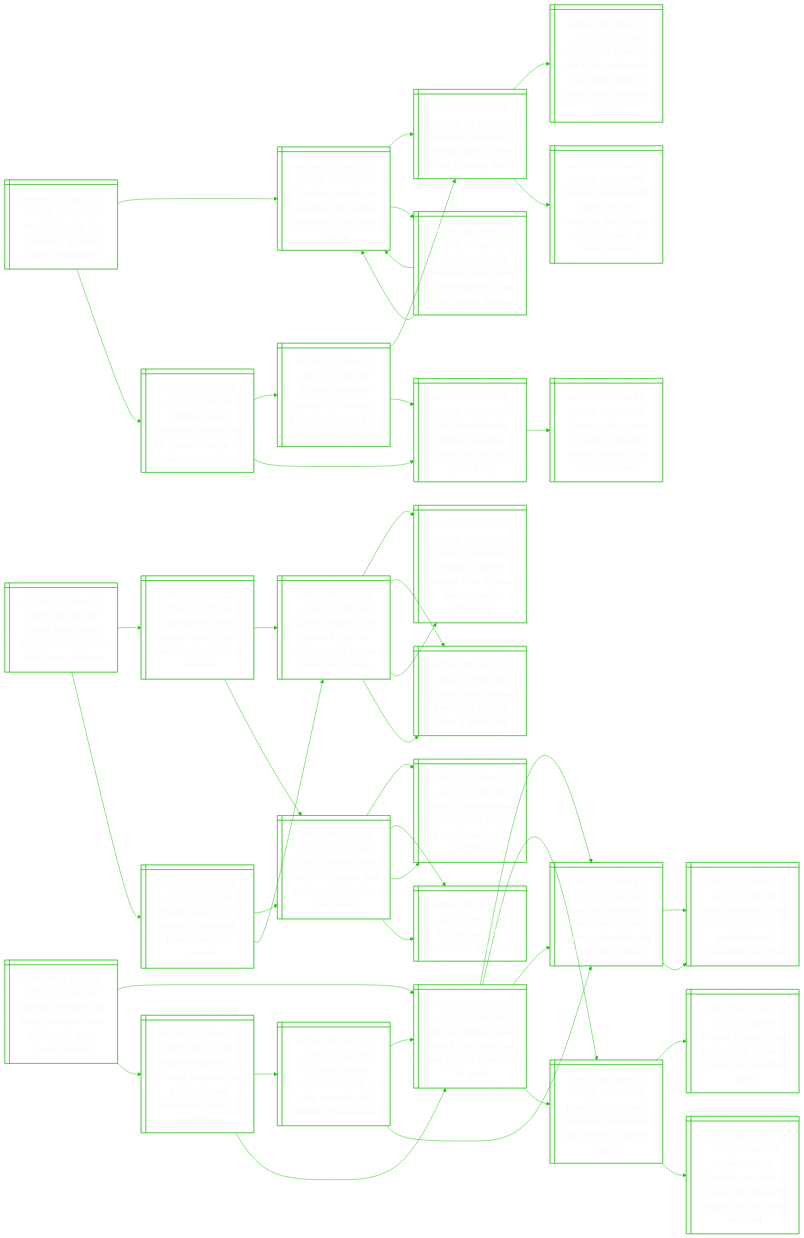
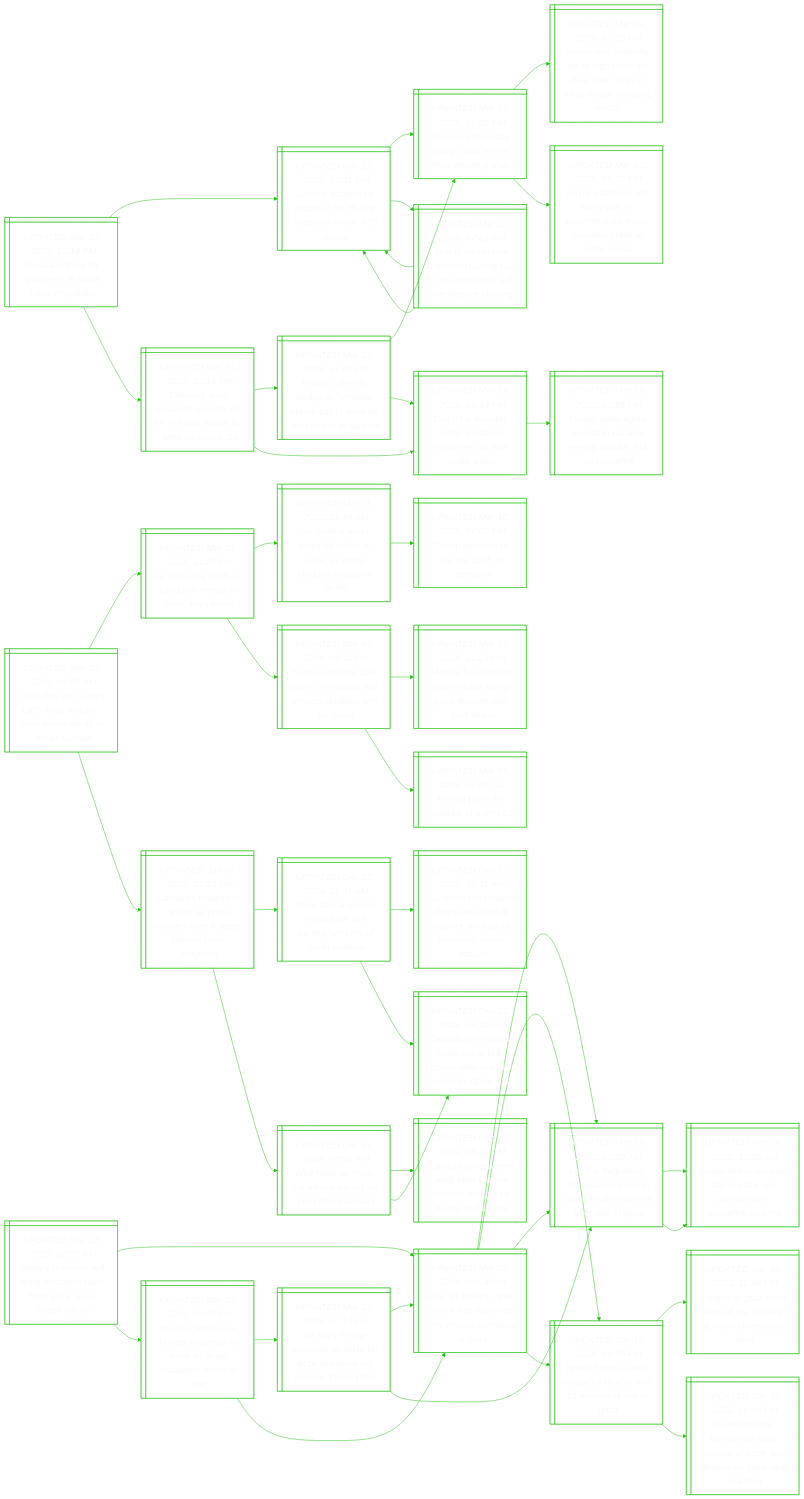
Before and after one commit to notJmes/notJmes: the diagram in README.md, drawn with Mermaid. The commit also changed other lines of this file, not shown here.

````diff
--- a/README.md
+++ b/README.md
@@ -105,50 +105,47 @@
 AarIlilhwnrnz:::txtsize --> Jhigenemiiiea:::txtsize
 AarIlilhwnrnz:::txtsize --> Ilshedoooia:::txtsize
 
-UttTCaoslo@{ shape: win-pane, label: "_UPDATED Mar 23, 2025, 08:43 PM_
-Under threat from trump, canada set to hold snap elections" }
-Carnvtfeiigr@{ shape: win-pane, label: "_UPDATED Mar 22, 2025, 03:22 PM_
-Canada pm mark carney unveils tariff relief, ‘nation building’ reforms" }
-CynCamiseotm@{ shape: win-pane, label: "_UPDATED Mar 15, 2025, 10:48 PM_
-Carney sworn in as canada’s prime minister, says he can work with trump" }
-Cadogrieermrfi@{ shape: win-pane, label: "_UPDATED Jan 07, 2025, 01:53 PM_
-Canada’s trudeau to resign as prime minister after 9 years, blames party infighting" }
-TjCamtard@{ shape: win-pane, label: "_UPDATED Dec 19, 2024, 05:00 PM_
-Trump jokes canada becoming 51st us state ‘a great idea’" }
+CiCyseiymtra@{ shape: win-pane, label: "_UPDATED Mar 24, 2025, 06:57 AM_
+Canadian pm carney calls snap election, says trump wants to break canada" }
+Uotfaaasr@{ shape: win-pane, label: "_UPDATED Mar 11, 2025, 11:27 PM_
+Us to double tariffs on canadian metals to 50%, says trump" }
+UcksinlTphaas@{ shape: win-pane, label: "_UPDATED Mar 11, 2025, 11:49 AM_
+Us stock market loses $5 trillion in value as trump ploughs ahead on tariffs" }
+Tdnruei@{ shape: win-pane, label: "_UPDATED Mar 10, 2025, 07:02 PM_
+Trump declines to rule out 2025 us recession" }
 TcrroadcbeC@{ shape: win-pane, label: "_UPDATED Mar 04, 2025, 05:11 PM_
 Trump confirms 25% tariffs on canada and mexico, doubles levy on china" }
 MoapnTghhtfa@{ shape: win-pane, label: "_UPDATED Mar 03, 2025, 11:24 PM_
 Mexico has backup plan in case trump goes through with tariff threat" }
 Fgtaer@{ shape: win-pane, label: "_UPDATED Mar 03, 2025, 06:07 AM_
 Facing up to the realities of trump 2.0" }
-Tsterahrand@{ shape: win-pane, label: "_UPDATED Mar 19, 2025, 03:57 PM_
-Trump says it’ll be easier to deal with liberal leader in canada" }
-TcrroadcbeC@{ shape: win-pane, label: "_UPDATED Mar 04, 2025, 05:11 PM_
-Trump confirms 25% tariffs on canada and mexico, doubles levy on china" }
-MoapnTghhtfa@{ shape: win-pane, label: "_UPDATED Mar 03, 2025, 11:24 PM_
-Mexico has backup plan in case trump goes through with tariff threat" }
-Fgtaer@{ shape: win-pane, label: "_UPDATED Mar 03, 2025, 06:07 AM_
-Facing up to the realities of trump 2.0" }
-CynCamiseotm@{ shape: win-pane, label: "_UPDATED Mar 15, 2025, 10:48 PM_
-Carney sworn in as canada’s prime minister, says he can work with trump" }
 Cadogrieermrfi@{ shape: win-pane, label: "_UPDATED Jan 07, 2025, 01:53 PM_
 Canada’s trudeau to resign as prime minister after 9 years, blames party infighting" }
-TjCamtard@{ shape: win-pane, label: "_UPDATED Dec 19, 2024, 05:00 PM_
-Trump jokes canada becoming 51st us state ‘a great idea’" }
+FiltaTnoeuTa@{ shape: win-pane, label: "_UPDATED Dec 23, 2024, 11:41 AM_
+From liberal icon to maga joke: the waning fortunes of justin trudeau" }
+CiTaptoimreepc@{ shape: win-pane, label: "_UPDATED Dec 21, 2024, 09:11 AM_
+Canadian pm trudeau drops one-third of cabinet amid party pressure, trump attacks" }
+Caulslofeytpm@{ shape: win-pane, label: "_UPDATED Dec 21, 2024, 08:22 PM_
+Canada pm trudeau looks set to lose power after key ally vows to topple him" }
+WvannnPtu@{ shape: win-pane, label: "_UPDATED Dec 21, 2024, 08:58 PM_
+Why have so many canadians turned on pm justin trudeau?" }
+Cartfeaieispfo@{ shape: win-pane, label: "_UPDATED Dec 17, 2024, 06:41 PM_
+Canada government adrift after finance minister resigns as trump tariffs loom" }
+Caulslofeytpm@{ shape: win-pane, label: "_UPDATED Dec 21, 2024, 08:22 PM_
+Canada pm trudeau looks set to lose power after key ally vows to topple him" }
 
-UttTCaoslo:::txtsize --> Carnvtfeiigr:::txtsize
-Carnvtfeiigr:::txtsize --> CynCamiseotm:::txtsize
-CynCamiseotm:::txtsize --> Cadogrieermrfi:::txtsize
-CynCamiseotm:::txtsize --> TjCamtard:::txtsize
-Carnvtfeiigr:::txtsize --> TcrroadcbeC:::txtsize
+CiCyseiymtra:::txtsize --> Uotfaaasr:::txtsize
+Uotfaaasr:::txtsize --> UcksinlTphaas:::txtsize
+UcksinlTphaas:::txtsize --> Tdnruei:::txtsize
+Uotfaaasr:::txtsize --> TcrroadcbeC:::txtsize
 TcrroadcbeC:::txtsize --> MoapnTghhtfa:::txtsize
 TcrroadcbeC:::txtsize --> Fgtaer:::txtsize
-UttTCaoslo:::txtsize --> Tsterahrand:::txtsize
-Tsterahrand:::txtsize --> TcrroadcbeC:::txtsize
-TcrroadcbeC:::txtsize --> MoapnTghhtfa:::txtsize
-TcrroadcbeC:::txtsize --> Fgtaer:::txtsize
-Tsterahrand:::txtsize --> CynCamiseotm:::txtsize
-CynCamiseotm:::txtsize --> Cadogrieermrfi:::txtsize
-CynCamiseotm:::txtsize --> TjCamtard:::txtsize
+CiCyseiymtra:::txtsize --> Cadogrieermrfi:::txtsize
+Cadogrieermrfi:::txtsize --> FiltaTnoeuTa:::txtsize
+FiltaTnoeuTa:::txtsize --> CiTaptoimreepc:::txtsize
+FiltaTnoeuTa:::txtsize --> Caulslofeytpm:::txtsize
+Cadogrieermrfi:::txtsize --> WvannnPtu:::txtsize
+WvannnPtu:::txtsize --> Cartfeaieispfo:::txtsize
+WvannnPtu:::txtsize --> Caulslofeytpm:::txtsize
 
 ```
````
